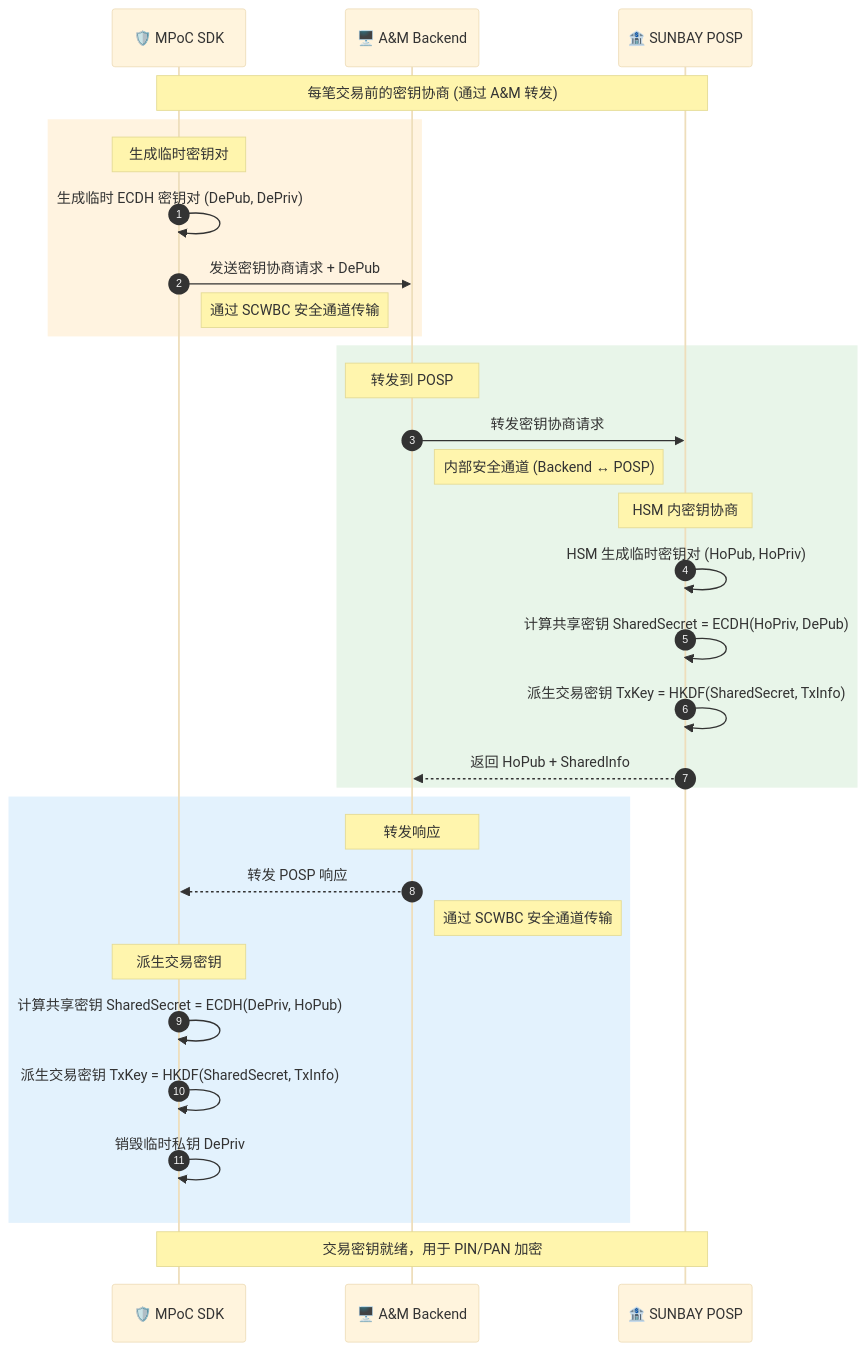
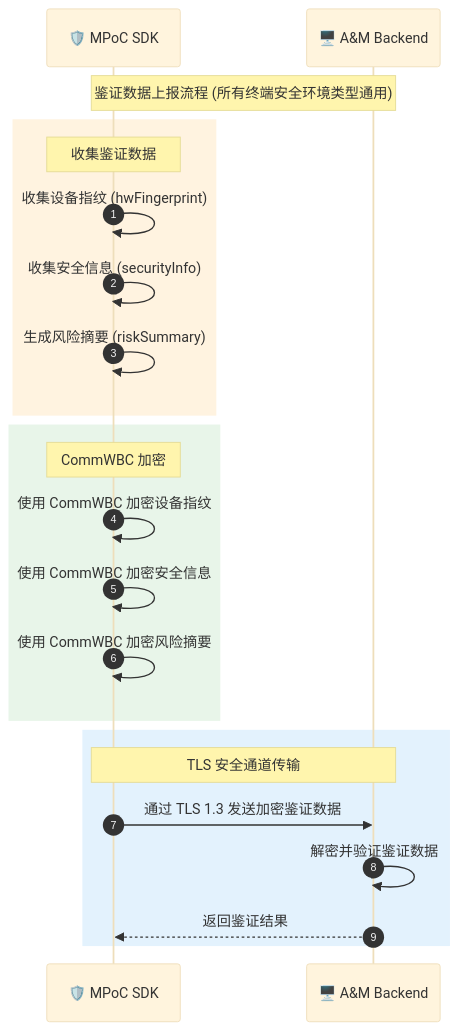
Before and after one commit to kevinwangl/sunbay-softpos-docs: the tenth of 21 diagrams in solution/MPOC_SDK_API_GUIDE.md, drawn with Mermaid (base theme). The commit also changed other lines of this file, not shown here.

````diff
--- a/solution/MPOC_SDK_API_GUIDE.md
+++ b/solution/MPOC_SDK_API_GUIDE.md
@@ -1048,41 +830,29 @@
 ```mermaid
 sequenceDiagram
     autonumber
     participant SDK as 🛡️ MPoC SDK
     participant Backend as 🖥️ A&M Backend
-    participant PSP as 🏦 SUNBAY POSP
 
-    Note over SDK,PSP: 每笔交易前的密钥协商 (通过 A&M 转发)
+    Note over SDK,Backend: 鉴证数据上报流程 (所有终端安全环境类型通用)
     
     rect rgb(255, 243, 224)
-        Note over SDK: 生成临时密钥对
-        SDK->>SDK: 生成临时 ECDH 密钥对 (DePub, DePriv)
-        SDK->>Backend: 发送密钥协商请求 + DePub
-        Note right of SDK: 通过 SCWBC 安全通道传输
+        Note over SDK: 收集鉴证数据
+        SDK->>SDK: 收集设备指纹 (hwFingerprint)
+        SDK->>SDK: 收集安全信息 (securityInfo)
+        SDK->>SDK: 生成风险摘要 (riskSummary)
     end
     
     rect rgb(232, 245, 233)
-        Note over Backend: 转发到 POSP
-        Backend->>PSP: 转发密钥协商请求
-        Note right of Backend: 内部安全通道 (Backend ↔ POSP)
-        
-        Note over PSP: HSM 内密钥协商
-        PSP->>PSP: HSM 生成临时密钥对 (HoPub, HoPriv)
-        PSP->>PSP: 计算共享密钥 SharedSecret = ECDH(HoPriv, DePub)
-        PSP->>PSP: 派生交易密钥 TxKey = HKDF(SharedSecret, TxInfo)
-        PSP-->>Backend: 返回 HoPub + SharedInfo
+        Note over SDK: CommWBC 加密
+        SDK->>SDK: 使用 CommWBC 加密设备指纹
+        SDK->>SDK: 使用 CommWBC 加密安全信息
+        SDK->>SDK: 使用 CommWBC 加密风险摘要
     end
     
     rect rgb(227, 242, 253)
-        Note over Backend: 转发响应
-        Backend-->>SDK: 转发 POSP 响应
-        Note right of Backend: 通过 SCWBC 安全通道传输
-        
-        Note over SDK: 派生交易密钥
-        SDK->>SDK: 计算共享密钥 SharedSecret = ECDH(DePriv, HoPub)
-        SDK->>SDK: 派生交易密钥 TxKey = HKDF(SharedSecret, TxInfo)
-        SDK->>SDK: 销毁临时私钥 DePriv
+        Note over SDK,Backend: TLS 安全通道传输
+        SDK->>Backend: 通过 TLS 1.3 发送加密鉴证数据
+        Backend->>Backend: 解密并验证鉴证数据
+        Backend-->>SDK: 返回鉴证结果
     end
-    
-    Note over SDK,PSP: 交易密钥就绪，用于 PIN/PAN 加密
 ```
````
